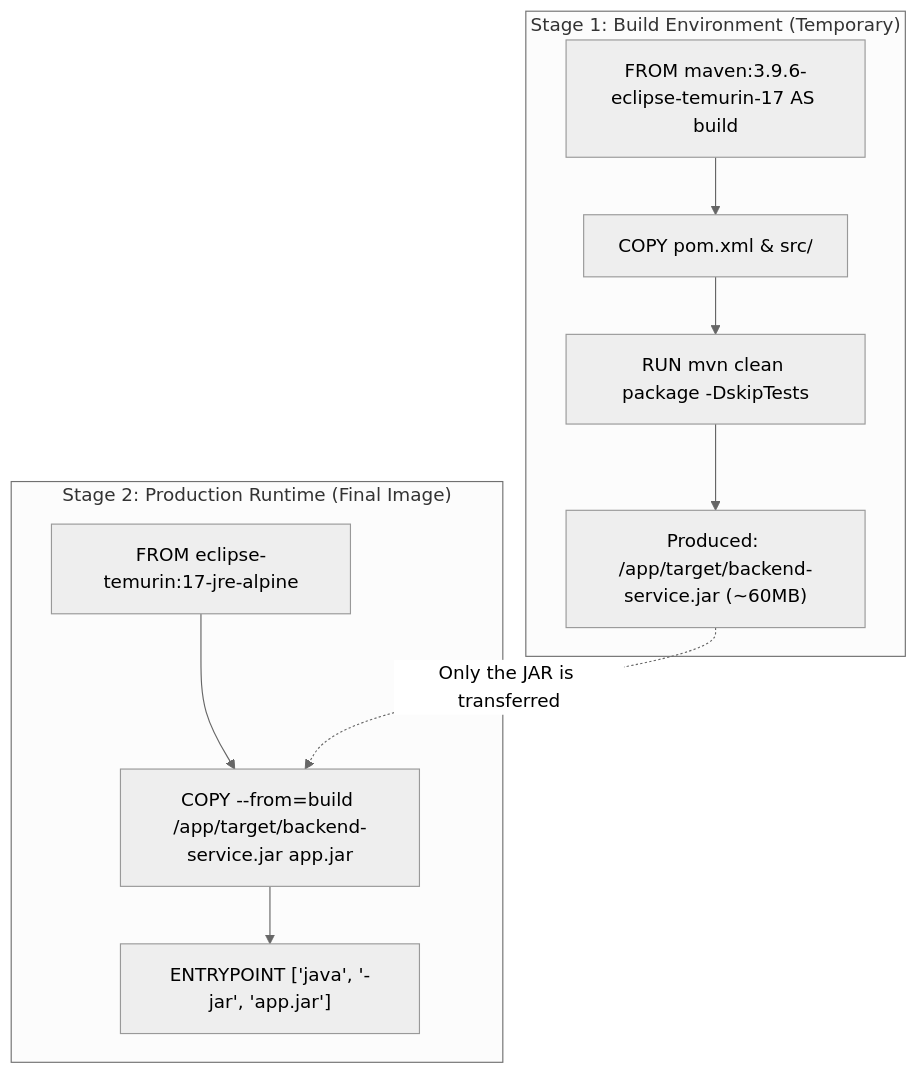
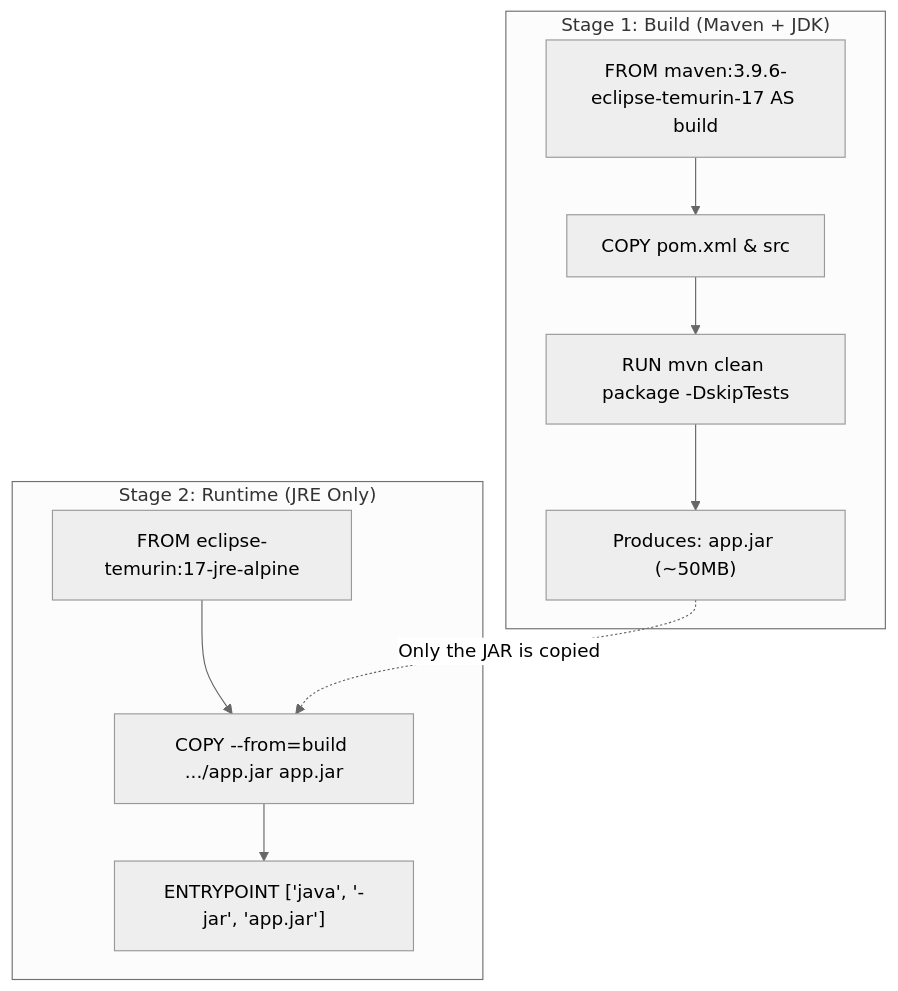
Before and after one commit to rohithgowda18/Notes: the tenth of 14 diagrams in 07-Backend-Engineering/Docker.md, drawn with Mermaid (neutral theme). The commit also changed other lines of this file, not shown here.

````diff
--- a/07-Backend-Engineering/Docker.md
+++ b/07-Backend-Engineering/Docker.md
@@ -366,19 +338,19 @@
 ```mermaid
 flowchart TD
-    subgraph Stage1 ["Stage 1: Build Environment (Temporary)"]
-        S1_Base["FROM maven:3.9.6-eclipse-temurin-17 AS build"]
-        S1_Copy["COPY pom.xml & src/"]
-        S1_Run["RUN mvn clean package -DskipTests"]
-        S1_Artifact["Produced: /app/target/backend-service.jar (~60MB)"]
-        S1_Base --> S1_Copy --> S1_Run --> S1_Artifact
+    subgraph Stage1 ["Stage 1: Build (Maven + JDK)"]
+        S1["FROM maven:3.9.6-eclipse-temurin-17 AS build"]
+        CopyCode["COPY pom.xml & src"]
+        RunMvn["RUN mvn clean package -DskipTests"]
+        JarFile["Produces: app.jar (~50MB)"]
+        S1 --> CopyCode --> RunMvn --> JarFile
     end
 
-    subgraph Stage2 ["Stage 2: Production Runtime (Final Image)"]
-        S2_Base["FROM eclipse-temurin:17-jre-alpine"]
-        S2_Copy["COPY --from=build /app/target/backend-service.jar app.jar"]
-        S2_Run["ENTRYPOINT ['java', '-jar', 'app.jar']"]
-        S2_Base --> S2_Copy --> S2_Run
+    subgraph Stage2 ["Stage 2: Runtime (JRE Only)"]
+        S2["FROM eclipse-temurin:17-jre-alpine"]
+        CopyJar["COPY --from=build .../app.jar app.jar"]
+        RunJar["ENTRYPOINT ['java', '-jar', 'app.jar']"]
+        S2 --> CopyJar --> RunJar
     end
 
-    S1_Artifact -.->|Only the JAR is transferred| S2_Copy
+    JarFile -.->|Only the JAR is copied| CopyJar
 ```
````
